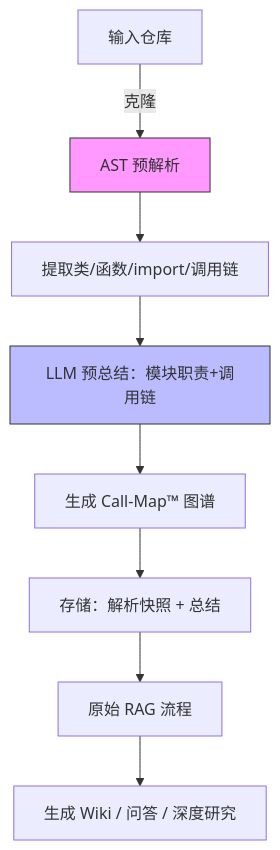
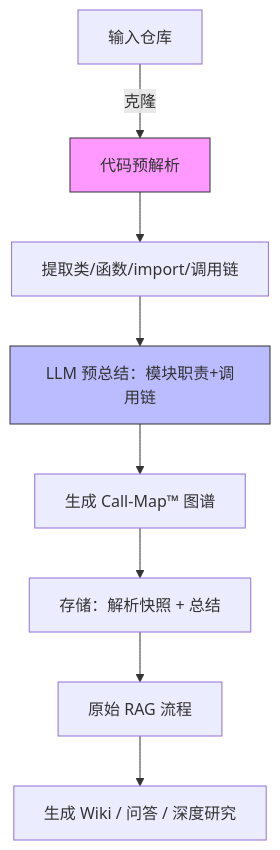
One commit to H-Z-Ning/deepwiki-plus changed the diagram in README.zh.md. Above: the diagram before and after it, drawn with Mermaid. The commit also changed other lines of this file, not shown here.

````diff
--- a/README.zh.md
+++ b/README.zh.md
@@ -94,12 +97,12 @@
 ```mermaid
 graph TD
-    A[输入仓库] -->|克隆| B[AST 预解析]
+    A[输入仓库] -->|克隆| B[ 代码预解析]
     B --> C[提取类/函数/import/调用链]
     C --> D[LLM 预总结：模块职责+调用链]
     D --> E[生成 Call-Map™ 图谱]
     E --> F[存储：解析快照 + 总结]
     F --> G[原始 RAG 流程]
     G --> H[生成 Wiki / 问答 / 深度研究]
     style B fill:#f9f,stroke:#333
     style D fill:#bbf,stroke:#333
 ```
````
